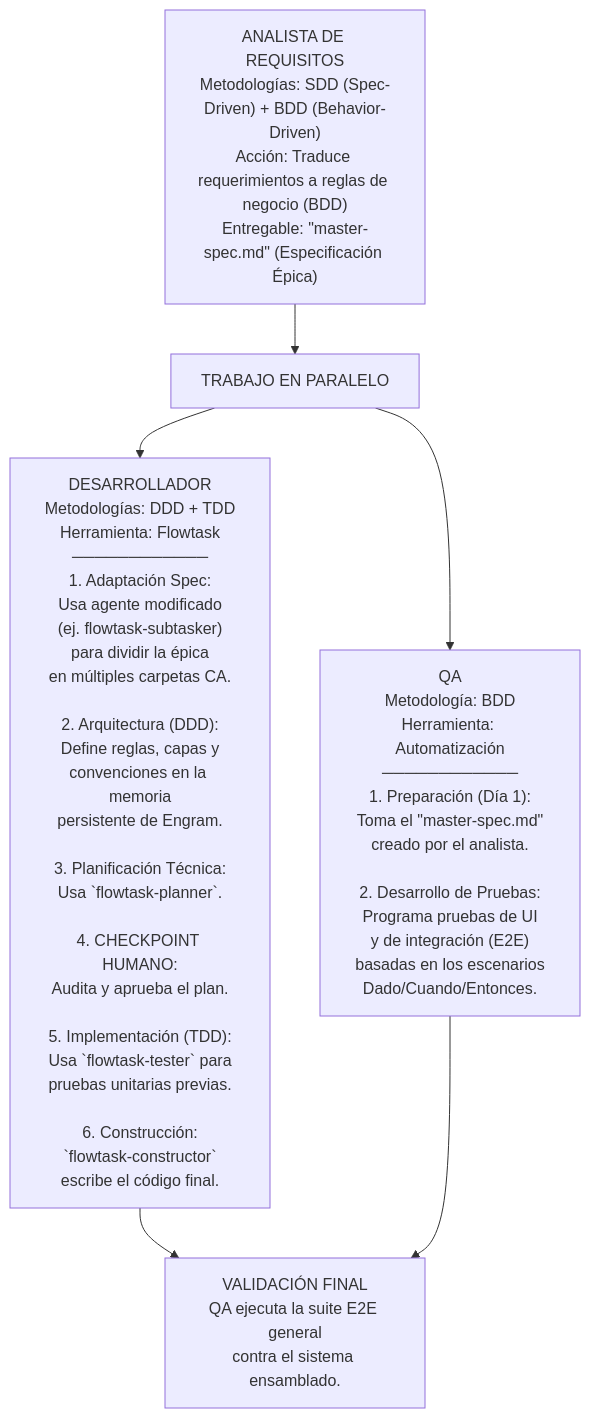
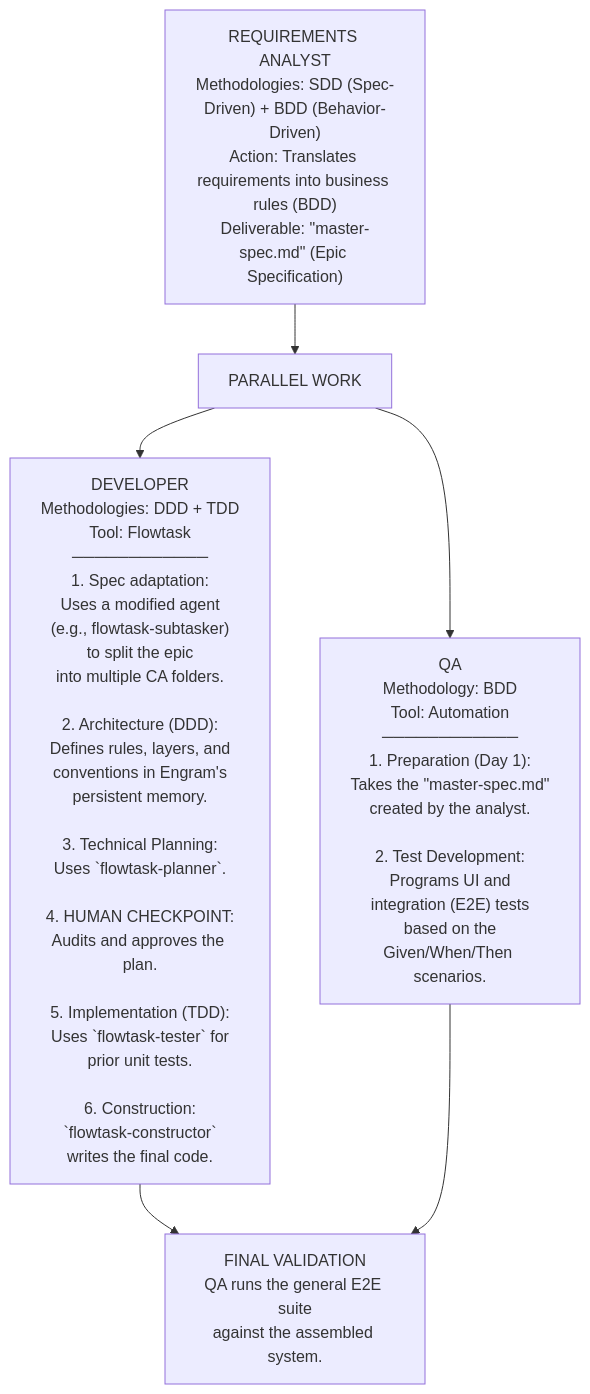
The diagram in docs/architecture/sdd.md (Saez520/flowtask), drawn with Mermaid before and after one commit. The commit also changed other lines of this file and 57 other files, not shown here.

````diff
--- a/docs/architecture/sdd.md
+++ b/docs/architecture/sdd.md
@@ -5,18 +5,18 @@
 ```mermaid
 flowchart TD
-    AR["ANALISTA DE REQUISITOS<br/>Metodologías: SDD (Spec-Driven) + BDD (Behavior-Driven)<br/>Acción: Traduce requerimientos a reglas de negocio (BDD)<br/>Entregable: #quot;master-spec.md#quot; (Especificación Épica)"]
+    AR["REQUIREMENTS ANALYST<br/>Methodologies: SDD (Spec-Driven) + BDD (Behavior-Driven)<br/>Action: Translates requirements into business rules (BDD)<br/>Deliverable: #quot;master-spec.md#quot; (Epic Specification)"]
 
-    TP["TRABAJO EN PARALELO"]
+    TP["PARALLEL WORK"]
 
-    DEV["DESARROLLADOR<br/>Metodologías: DDD + TDD<br/>Herramienta: Flowtask<br/>────────────<br/>1. Adaptación Spec:<br/>Usa agente modificado<br/>(ej. flowtask-subtasker)<br/>para dividir la épica<br/>en múltiples carpetas CA.<br/><br/>2. Arquitectura (DDD):<br/>Define reglas, capas y<br/>convenciones en la memoria<br/>persistente de Engram.<br/><br/>3. Planificación Técnica:<br/>Usa `flowtask-planner`.<br/><br/>4. CHECKPOINT HUMANO:<br/>Audita y aprueba el plan.<br/><br/>5. Implementación (TDD):<br/>Usa `flowtask-tester` para<br/>pruebas unitarias previas.<br/><br/>6. Construcción:<br/>`flowtask-constructor`<br/>escribe el código final."]
+    DEV["DEVELOPER<br/>Methodologies: DDD + TDD<br/>Tool: Flowtask<br/>────────────<br/>1. Spec adaptation:<br/>Uses a modified agent<br/>(e.g., flowtask-subtasker)<br/>to split the epic<br/>into multiple CA folders.<br/><br/>2. Architecture (DDD):<br/>Defines rules, layers, and<br/>conventions in Engram's<br/>persistent memory.<br/><br/>3. Technical Planning:<br/>Uses `flowtask-planner`.<br/><br/>4. HUMAN CHECKPOINT:<br/>Audits and approves the plan.<br/><br/>5. Implementation (TDD):<br/>Uses `flowtask-tester` for<br/>prior unit tests.<br/><br/>6. Construction:<br/>`flowtask-constructor`<br/>writes the final code."]
 
-    QA["QA<br/>Metodología: BDD<br/>Herramienta: Automatización<br/>────────────<br/>1. Preparación (Día 1):<br/>Toma el #quot;master-spec.md#quot;<br/>creado por el analista.<br/><br/>2. Desarrollo de Pruebas:<br/>Programa pruebas de UI<br/>y de integración (E2E)<br/>basadas en los escenarios<br/>Dado/Cuando/Entonces."]
+    QA["QA<br/>Methodology: BDD<br/>Tool: Automation<br/>────────────<br/>1. Preparation (Day 1):<br/>Takes the #quot;master-spec.md#quot;<br/>created by the analyst.<br/><br/>2. Test Development:<br/>Programs UI and<br/>integration (E2E) tests<br/>based on the<br/>Given/When/Then scenarios."]
 
-    VF["VALIDACIÓN FINAL<br/>QA ejecuta la suite E2E general<br/>contra el sistema ensamblado."]
+    VF["FINAL VALIDATION<br/>QA runs the general E2E suite<br/>against the assembled system."]
 
     AR --> TP
     TP --> DEV
     TP --> QA
     DEV --> VF
     QA --> VF
 ```
````
